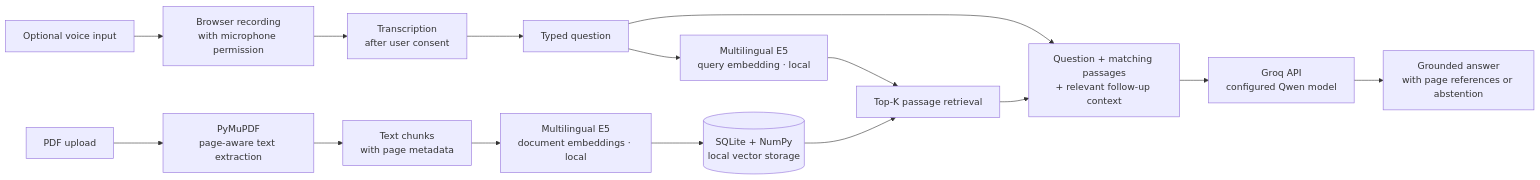
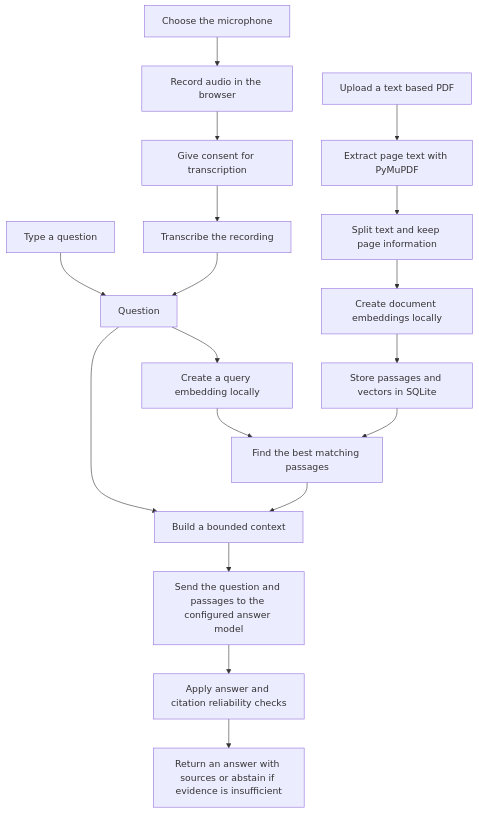
Before and after one commit to Ashi72jadoun/aura-docs: the diagram in README.md, drawn with Mermaid. The commit also changed other lines of this file and 3 other files, not shown here.

Commit message:
Improve README previews and workflow diagram

````diff
--- a/README.md
+++ b/README.md
@@ -60,20 +58,22 @@
 ```mermaid
-flowchart LR
-    PDF["PDF upload"] --> EXTRACT["PyMuPDF<br/>page-aware text extraction"]
-    EXTRACT --> CHUNK["Text chunks<br/>with page metadata"]
-    CHUNK --> DOCEMBED["Multilingual E5<br/>document embeddings · local"]
-    DOCEMBED --> STORE[("SQLite + NumPy<br/>local vector storage")]
+flowchart TD
+    PDF["Upload a text based PDF"] --> EXTRACT["Extract page text with PyMuPDF"]
+    EXTRACT --> CHUNKS["Split text and keep page information"]
+    CHUNKS --> DOCEMBED["Create document embeddings locally"]
+    DOCEMBED --> STORE["Store passages and vectors in SQLite"]
 
-    QUESTION["Typed question"] --> QUERYEMBED["Multilingual E5<br/>query embedding · local"]
-    QUERYEMBED --> SEARCH["Top-K passage retrieval"]
-    STORE --> SEARCH
+    TYPED["Type a question"] --> QUESTION["Question"]
+    MIC["Choose the microphone"] --> RECORD["Record audio in the browser"]
+    RECORD --> CONSENT["Give consent for transcription"]
+    CONSENT --> TRANSCRIBE["Transcribe the recording"]
+    TRANSCRIBE --> QUESTION
 
-    QUESTION --> CONTEXT["Question + matching passages<br/>+ relevant follow-up context"]
-    SEARCH --> CONTEXT
-    CONTEXT --> MODEL["Groq API<br/>configured Qwen model"]
-    MODEL --> ANSWER["Grounded answer<br/>with page references or abstention"]
-
-    MIC["Optional voice input"] --> RECORD["Browser recording<br/>with microphone permission"]
-    RECORD --> CONSENT["Transcription<br/>after user consent"]
-    CONSENT --> QUESTION
+    QUESTION --> QUERYEMBED["Create a query embedding locally"]
+    QUERYEMBED --> RETRIEVE["Find the best matching passages"]
+    STORE --> RETRIEVE
+    QUESTION --> CONTEXT["Build a bounded context"]
+    RETRIEVE --> CONTEXT
+    CONTEXT --> MODEL["Send the question and passages to the configured answer model"]
+    MODEL --> CHECK["Apply answer and citation reliability checks"]
+    CHECK --> RESULT["Return an answer with sources or abstain if evidence is insufficient"]
 ```
````
